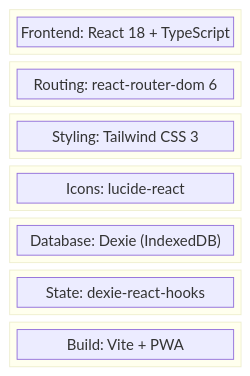
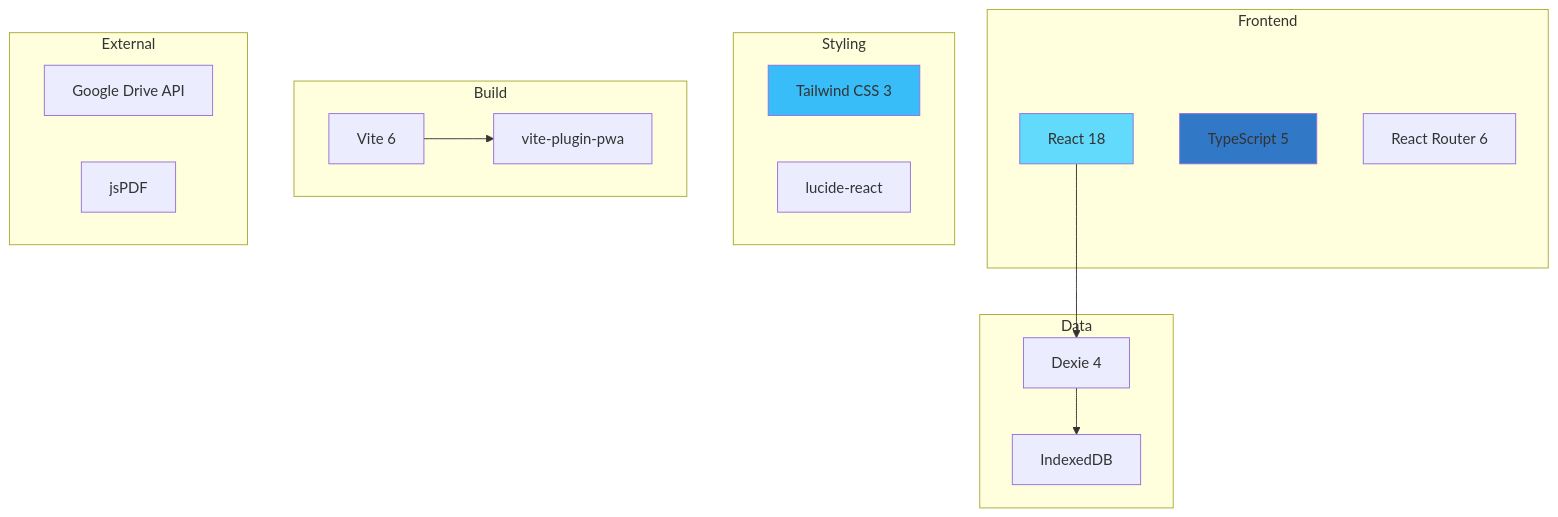
Before and after one commit to flat-lw/plalog: diagram 19 of 19 in docs/app-flow-diagram.md, drawn with Mermaid. The commit also changed other lines of this file and 6 other files, not shown here.

First line of the commit message:
docs: フロー図をテンプレートに基づき全面改訂、仕様書を実装に合わせて更新

````diff
--- a/docs/app-flow-diagram.md
+++ b/docs/app-flow-diagram.md
@@ -292,32 +802,36 @@
 ```mermaid
-block-beta
-    columns 1
-
-    block:frontend
-        A["Frontend: React 18 + TypeScript"]
+graph TB
+    subgraph "Frontend"
+        React["React 18"]
+        TypeScript["TypeScript 5"]
+        Router["React Router 6"]
     end
 
-    block:routing
-        B["Routing: react-router-dom 6"]
+    subgraph "Styling"
+        Tailwind["Tailwind CSS 3"]
+        Lucide["lucide-react"]
     end
 
-    block:styling
-        C["Styling: Tailwind CSS 3"]
+    subgraph "Data"
+        Dexie["Dexie 4"]
+        IndexedDB["IndexedDB"]
     end
 
-    block:icons
-        D["Icons: lucide-react"]
+    subgraph "Build"
+        Vite["Vite 6"]
+        PWA["vite-plugin-pwa"]
     end
 
-    block:database
-        E["Database: Dexie (IndexedDB)"]
+    subgraph "External"
+        GoogleDrive["Google Drive API"]
+        jsPDF["jsPDF"]
     end
 
-    block:state
-        F["State: dexie-react-hooks"]
-    end
+    React --> Dexie
+    Dexie --> IndexedDB
+    Vite --> PWA
 
-    block:build
-        G["Build: Vite + PWA"]
-    end
+    style React fill:#61dafb
+    style TypeScript fill:#3178c6
+    style Tailwind fill:#38bdf8
 ```
````
